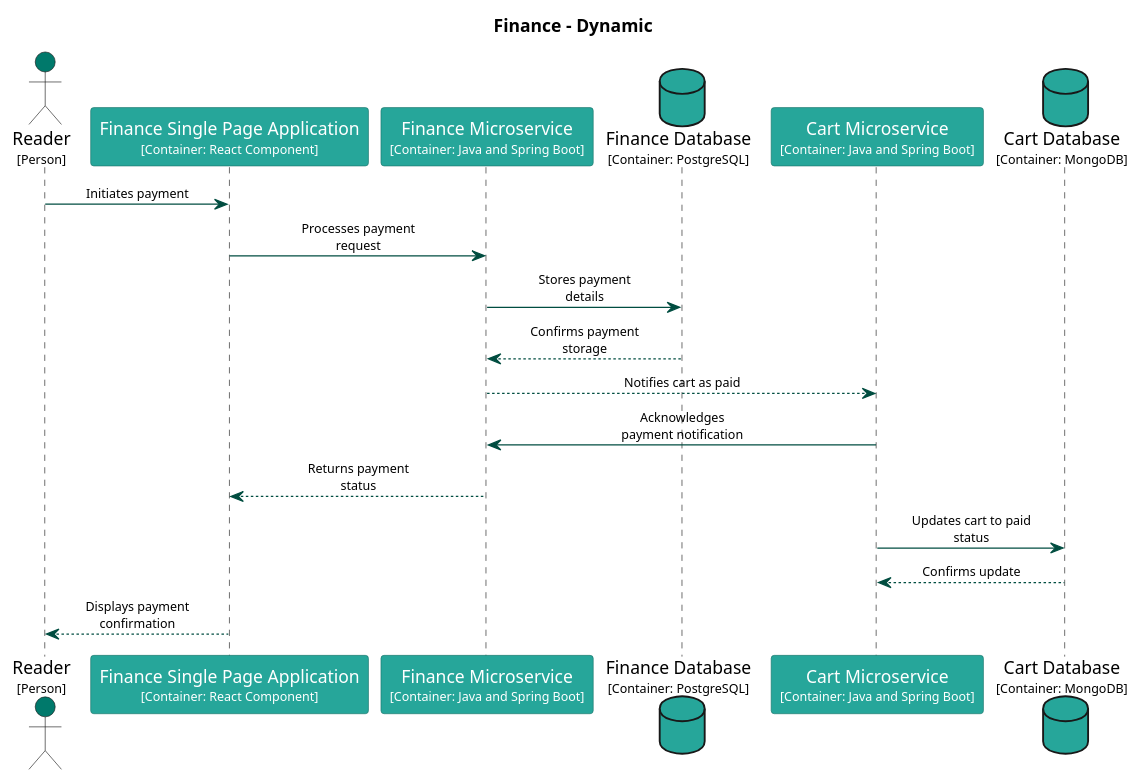
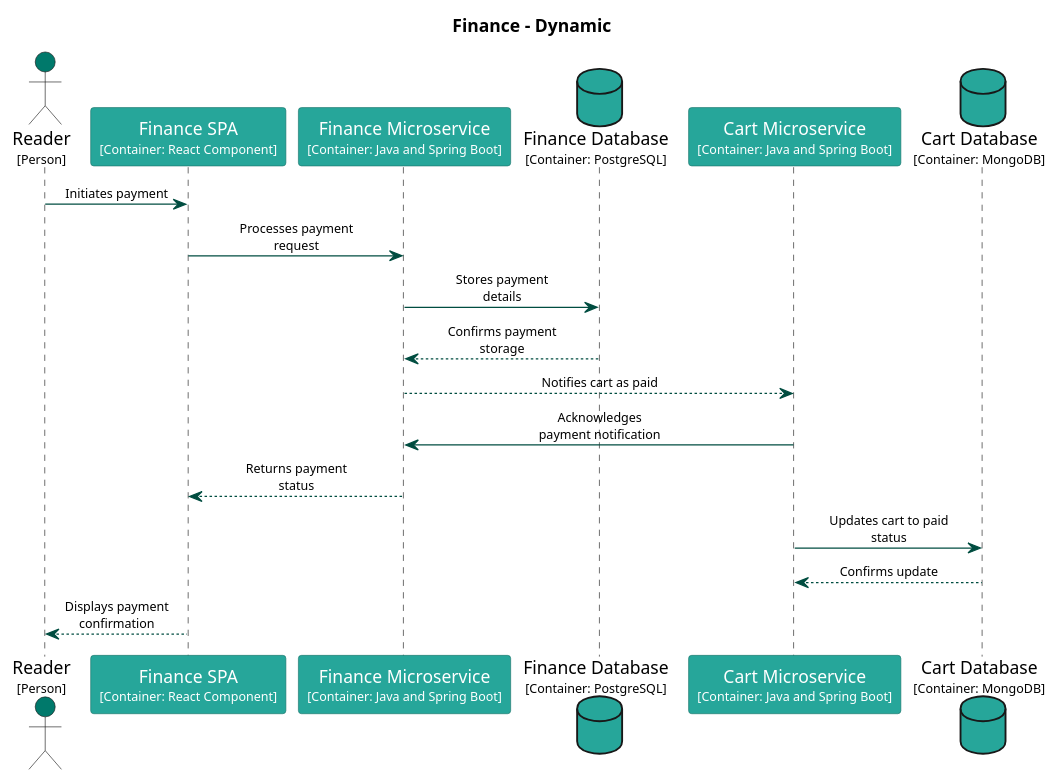
The diagram in main/puml/make-payment.puml (Goodmorning918/E-Library-Architecture), drawn with PlantUML before and after one commit. The commit also changed 147 other files, not shown here.

Commit message:
Deploying to gh-pages from @ Goodmorning918/E-Library-Architecture@44f7933ce3b599391c9f964d6f6a5102fbb01043 🚀

```diff
--- a/main/puml/make-payment.puml
+++ b/main/puml/make-payment.puml
@@ -1,67 +1,67 @@
 @startuml
 set separator none
 title Finance - Dynamic
 
 skinparam {
   arrowFontSize 10
   defaultTextAlignment center
   wrapWidth 200
   maxMessageSize 100
 }
 
 hide stereotype
 
 skinparam sequenceParticipant<<Cart.CartDatabase>> {
   BackgroundColor #26a69a
   FontColor #ffffff
   BorderColor #1a746b
   shadowing false
 }
 skinparam sequenceParticipant<<Cart.CartMicroservice>> {
   BackgroundColor #26a69a
   FontColor #ffffff
   BorderColor #1a746b
   shadowing false
 }
 skinparam sequenceParticipant<<Finance.FinanceDatabase>> {
   BackgroundColor #26a69a
   FontColor #ffffff
   BorderColor #1a746b
   shadowing false
 }
 skinparam sequenceParticipant<<Finance.FinanceMicroservice>> {
   BackgroundColor #26a69a
   FontColor #ffffff
   BorderColor #1a746b
   shadowing false
 }
-skinparam sequenceParticipant<<Finance.FinanceSinglePageApplication>> {
+skinparam sequenceParticipant<<Finance.FinanceSPA>> {
   BackgroundColor #26a69a
   FontColor #ffffff
   BorderColor #1a746b
   shadowing false
 }
 skinparam sequenceParticipant<<Reader>> {
   BackgroundColor #00796b
   FontColor #ffffff
   BorderColor #00544a
   shadowing false
 }
 
 actor "Reader\n<size:10>[Person]</size>" as Reader <<Reader>> #00796b
-participant "Finance Single Page Application\n<size:10>[Container: React Component]</size>" as Finance.FinanceSinglePageApplication <<Finance.FinanceSinglePageApplication>> #26a69a
+participant "Finance SPA\n<size:10>[Container: React Component]</size>" as Finance.FinanceSPA <<Finance.FinanceSPA>> #26a69a
 participant "Finance Microservice\n<size:10>[Container: Java and Spring Boot]</size>" as Finance.FinanceMicroservice <<Finance.FinanceMicroservice>> #26a69a
 database "Finance Database\n<size:10>[Container: PostgreSQL]</size>" as Finance.FinanceDatabase <<Finance.FinanceDatabase>> #26a69a
 participant "Cart Microservice\n<size:10>[Container: Java and Spring Boot]</size>" as Cart.CartMicroservice <<Cart.CartMicroservice>> #26a69a
 database "Cart Database\n<size:10>[Container: MongoDB]</size>" as Cart.CartDatabase <<Cart.CartDatabase>> #26a69a
-Reader -[#004d40]> Finance.FinanceSinglePageApplication : Initiates payment
-Finance.FinanceSinglePageApplication -[#004d40]> Finance.FinanceMicroservice : Processes payment request
+Reader -[#004d40]> Finance.FinanceSPA : Initiates payment
+Finance.FinanceSPA -[#004d40]> Finance.FinanceMicroservice : Processes payment request
 Finance.FinanceMicroservice -[#004d40]> Finance.FinanceDatabase : Stores payment details
 Finance.FinanceMicroservice <-[#004d40]- Finance.FinanceDatabase : Confirms payment storage
 Cart.CartMicroservice <-[#004d40]- Finance.FinanceMicroservice : Notifies cart as paid
 Cart.CartMicroservice -[#004d40]> Finance.FinanceMicroservice : Acknowledges payment notification
-Finance.FinanceSinglePageApplication <-[#004d40]- Finance.FinanceMicroservice : Returns payment status
+Finance.FinanceSPA <-[#004d40]- Finance.FinanceMicroservice : Returns payment status
 Cart.CartMicroservice -[#004d40]> Cart.CartDatabase : Updates cart to paid status
 Cart.CartMicroservice <-[#004d40]- Cart.CartDatabase : Confirms update
-Reader <-[#004d40]- Finance.FinanceSinglePageApplication : Displays payment confirmation
+Reader <-[#004d40]- Finance.FinanceSPA : Displays payment confirmation
 @enduml
```
